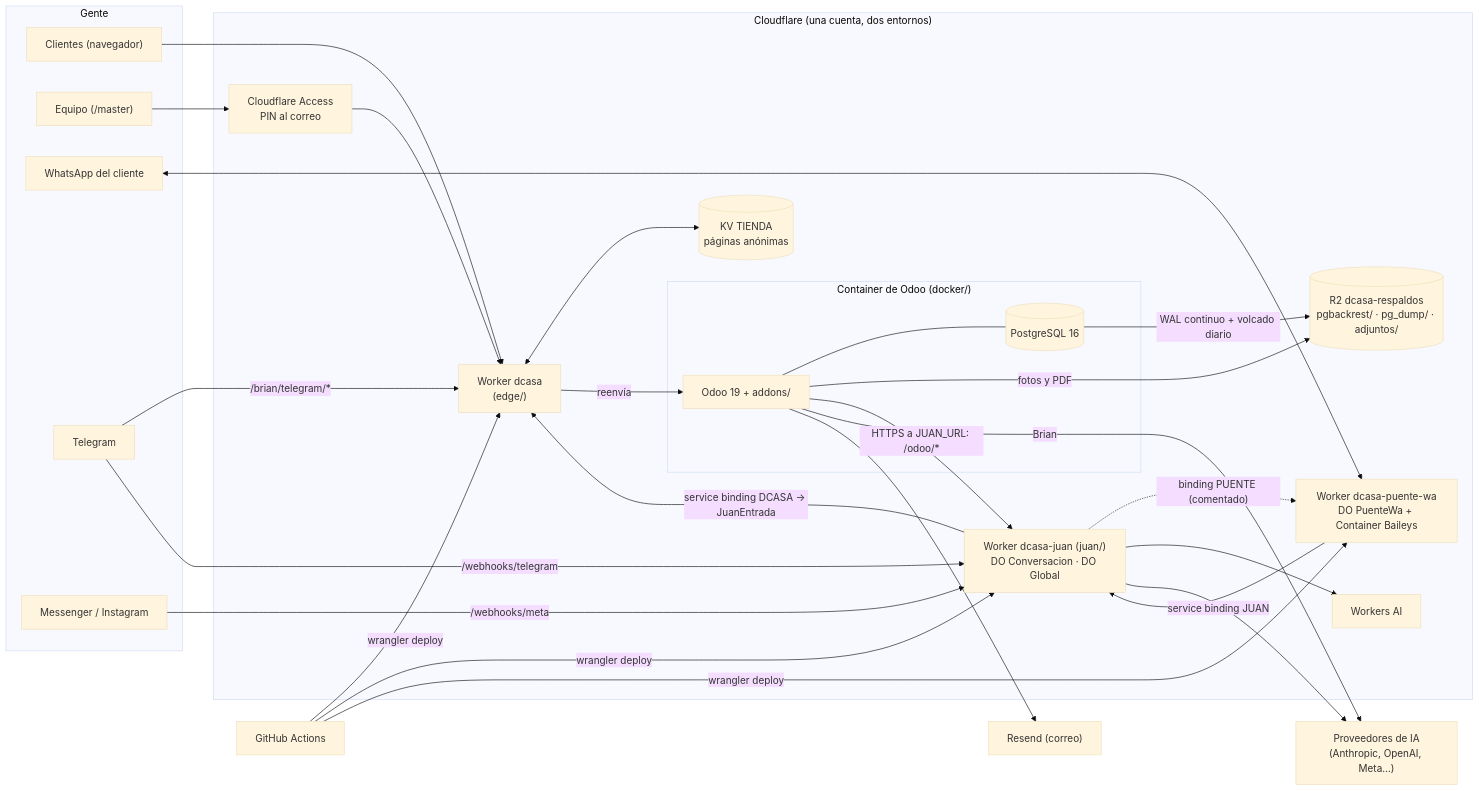
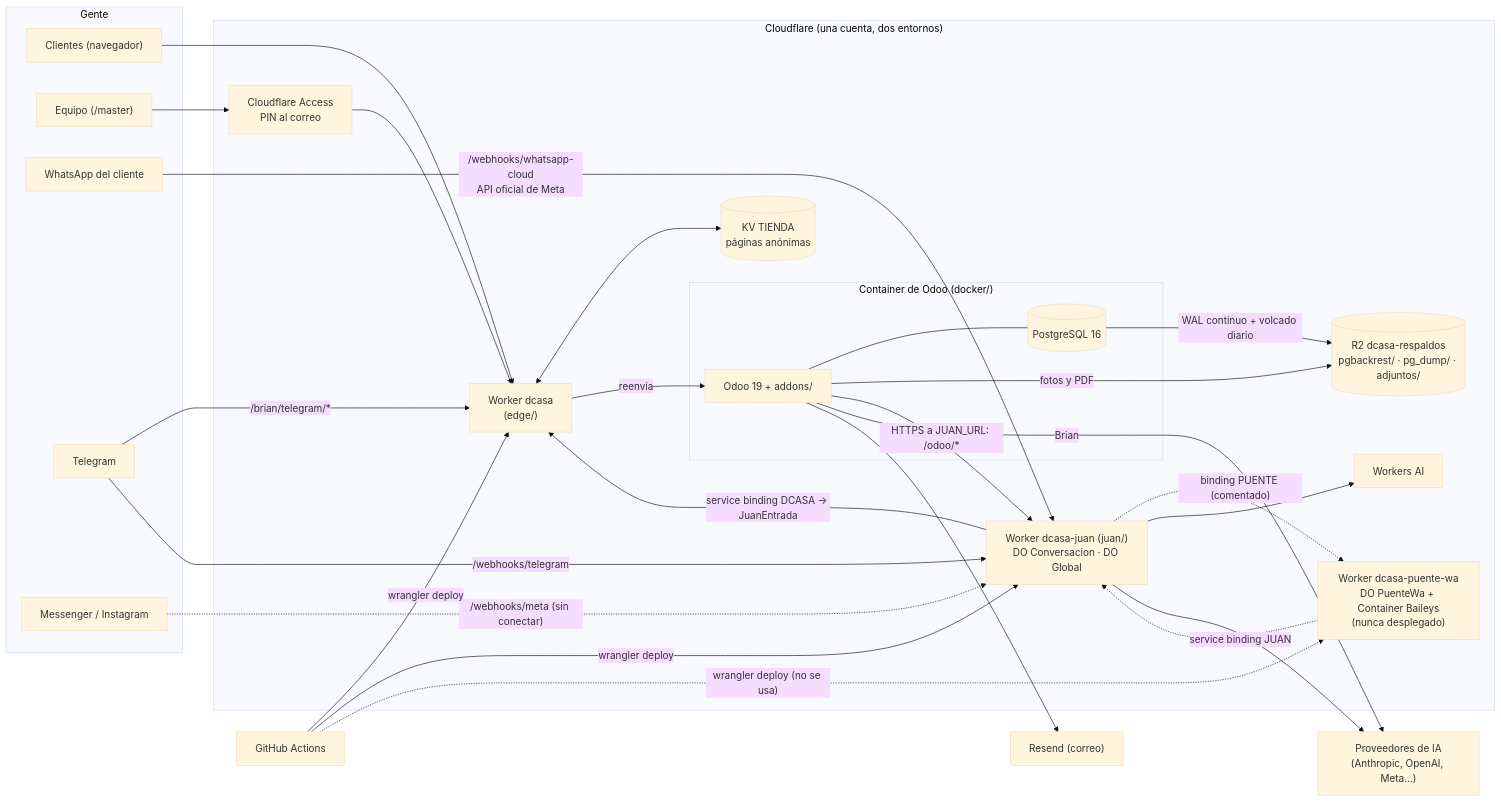
One commit to dcasapty/D_Casa_new_word changed the diagram in docs/ARQUITECTURA.md. Above: the diagram before and after it, drawn with Mermaid (base theme). The commit also changed other lines of this file and 87 other files, not shown here.

First line of the commit message:
WhatsApp oficial: el mensaje se guarda antes de contestarle a Meta; documentación unida y diseño de Camila (#82) [skip ci]

````diff
--- a/docs/ARQUITECTURA.md
+++ b/docs/ARQUITECTURA.md
@@ -16,51 +36,51 @@
 ```mermaid
 flowchart LR
   subgraph Gente
     CLI["Clientes (navegador)"]
     EQ["Equipo (/master)"]
     WAU["WhatsApp del cliente"]
     TGU["Telegram"]
     MU["Messenger / Instagram"]
   end
 
   subgraph CF["Cloudflare (una cuenta, dos entornos)"]
     ACC["Cloudflare Access<br/>PIN al correo"]
     EDGE["Worker dcasa<br/>(edge/)"]
     KV[("KV TIENDA<br/>páginas anónimas")]
     subgraph CONT["Container de Odoo (docker/)"]
       ODOO["Odoo 19 + addons/"]
       PG[("PostgreSQL 16")]
     end
     R2[("R2 dcasa-respaldos<br/>pgbackrest/ · pg_dump/ · adjuntos/")]
     JUAN["Worker dcasa-juan (juan/)<br/>DO Conversacion · DO Global"]
     WAI["Workers AI"]
-    PUENTE["Worker dcasa-puente-wa<br/>DO PuenteWa + Container Baileys"]
+    PUENTE["Worker dcasa-puente-wa<br/>DO PuenteWa + Container Baileys<br/>(nunca desplegado)"]
   end
 
   IA["Proveedores de IA<br/>(Anthropic, OpenAI, Meta…)"]
   RES["Resend (correo)"]
   GH["GitHub Actions"]
 
   CLI --> EDGE
   EQ --> ACC --> EDGE
   EDGE <--> KV
   EDGE -->|reenvía| ODOO
   ODOO --- PG
   PG -->|"WAL continuo + volcado diario"| R2
   ODOO -->|"fotos y PDF"| R2
   TGU -->|"/brian/telegram/*"| EDGE
   TGU -->|"/webhooks/telegram"| JUAN
-  MU -->|"/webhooks/meta"| JUAN
-  WAU <--> PUENTE
-  PUENTE -->|"service binding JUAN"| JUAN
+  MU -.->|"/webhooks/meta (sin conectar)"| JUAN
+  WAU -->|"/webhooks/whatsapp-cloud<br/>API oficial de Meta"| JUAN
+  PUENTE -.->|"service binding JUAN"| JUAN
   JUAN -.->|"binding PUENTE (comentado)"| PUENTE
   JUAN -->|"service binding DCASA → JuanEntrada"| EDGE
   ODOO -->|"HTTPS a JUAN_URL: /odoo/*"| JUAN
   JUAN --> WAI
   JUAN --> IA
   ODOO -->|"Brian"| IA
   ODOO --> RES
   GH -->|"wrangler deploy"| EDGE
   GH -->|"wrangler deploy"| JUAN
-  GH -->|"wrangler deploy"| PUENTE
+  GH -.->|"wrangler deploy (no se usa)"| PUENTE
 ```
````
